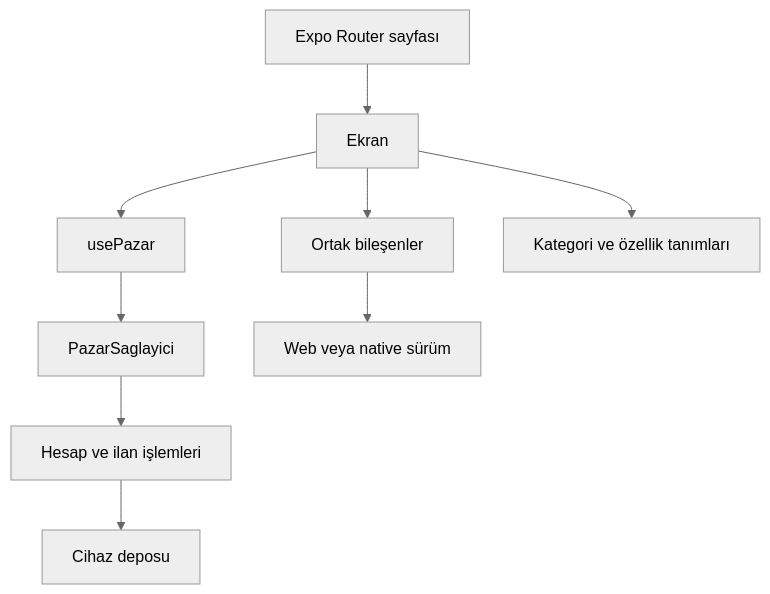
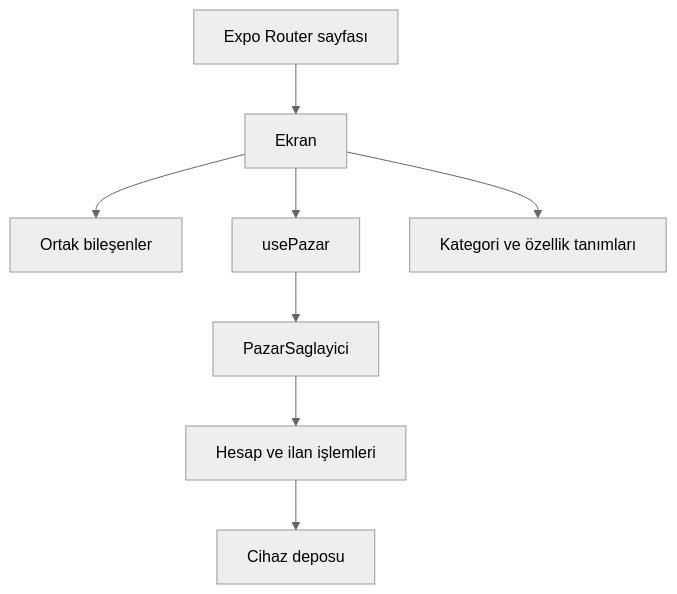
The diagram in documentation/uygulama-yapisi.md (teskilatsiz/kacakcidan), drawn with Mermaid (neutral theme) before and after one commit. The commit also changed other lines of this file and 4 other files, not shown here.

````diff
--- a/documentation/uygulama-yapisi.md
+++ b/documentation/uygulama-yapisi.md
@@ -9,11 +9,10 @@
 ```mermaid
 flowchart TD
   A[Expo Router sayfası] --> B[Ekran]
   B --> C[Ortak bileşenler]
   B --> D[usePazar]
   D --> E[PazarSaglayici]
   E --> F[Hesap ve ilan işlemleri]
   F --> G[Cihaz deposu]
   B --> H[Kategori ve özellik tanımları]
-  C --> I[Web veya native sürüm]
 ```
````
